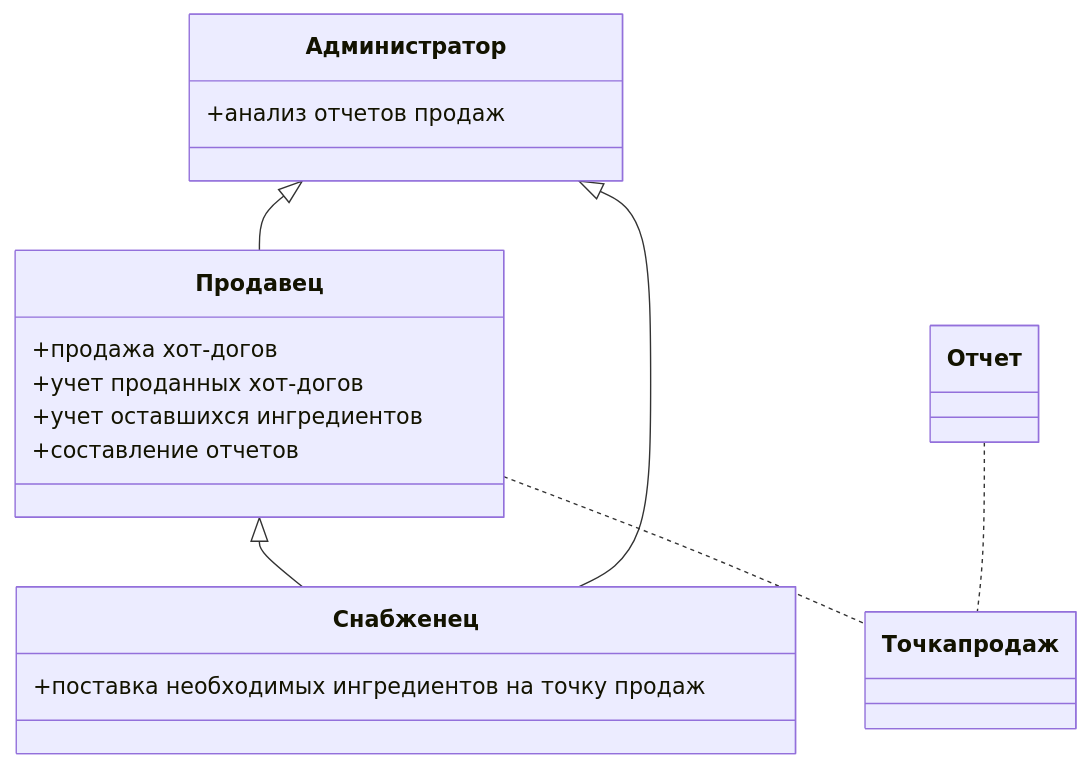
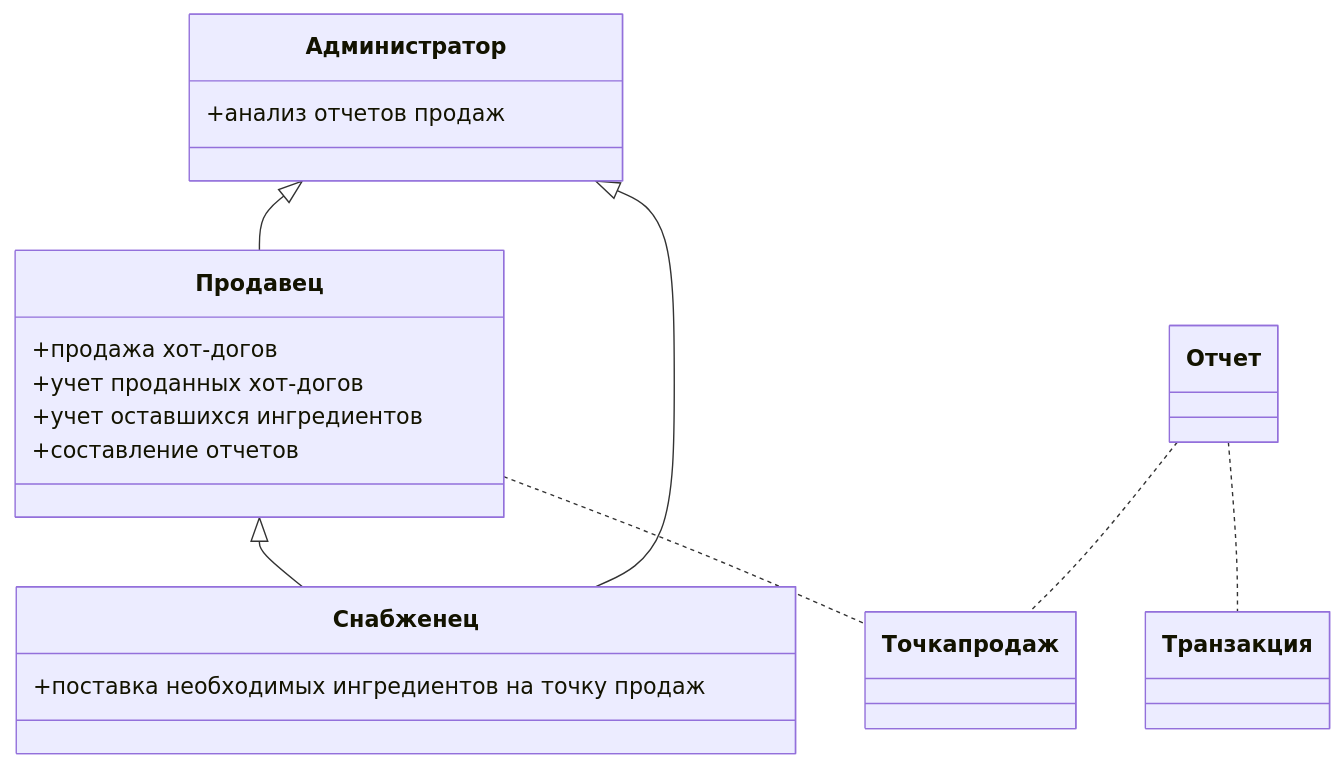
One commit to ContinentalGuy/otus-arch changed the first of 4 diagrams in homeworks/august/1/homework.md. Above: the diagram before and after it, drawn with Mermaid. The commit also changed other lines of this file and 2 other files, not shown here.

````diff
--- a/homeworks/august/1/homework.md
+++ b/homeworks/august/1/homework.md
@@ -45,29 +35,33 @@
 ```mermaid
 classDiagram
 Администратор <|-- Продавец
 Продавец <|-- Снабженец
 Администратор <|-- Снабженец
 Продавец .. Точка продаж
 Отчет .. Точка продаж
+Отчет .. Транзакция
 
 class Продавец{
     +продажа хот-догов
     +учет проданных хот-догов
     +учет оставшихся ингредиентов
     +составление отчетов
     }
 
 class Точка продаж{
     }
 
 class Отчет{
     }
 
+class Транзакция{
+    }
+
 class Снабженец{
     +поставка необходимых ингредиентов на точку продаж
     }
 
 class Администратор{
     +анализ отчетов продаж
     }
 ```
````
